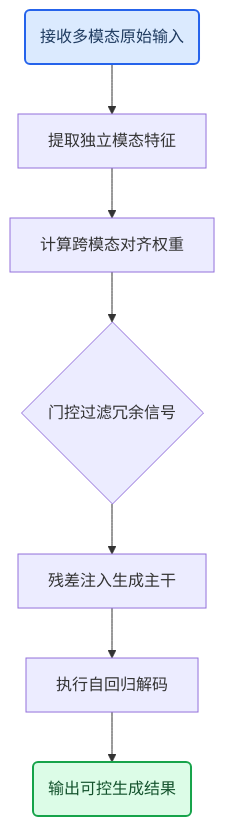
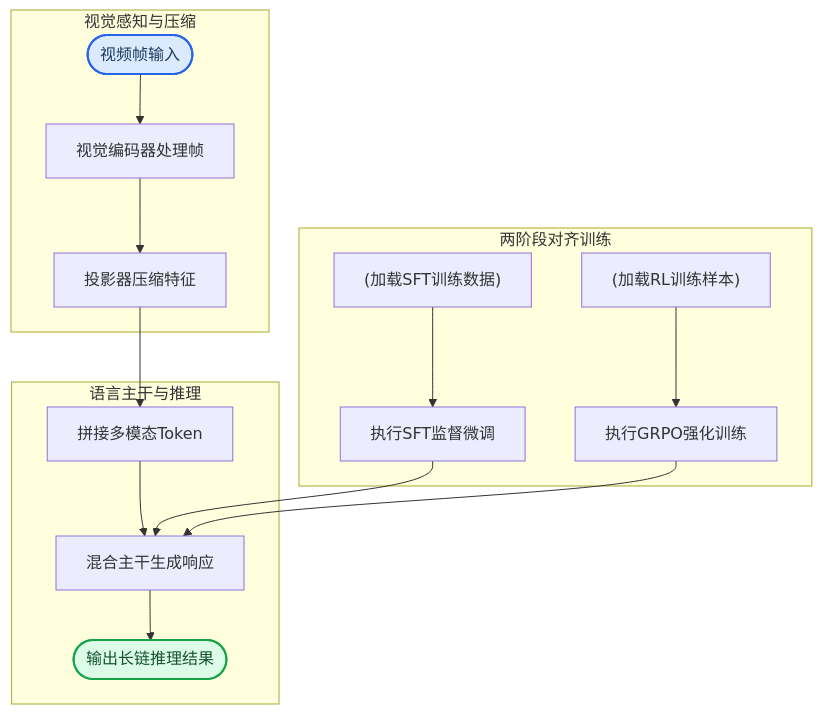
The third of 10 diagrams in person_vault/2026-06-08_CosmosReason1_2503.15558/report.md (ShinewineW/paper-rolling), drawn with Mermaid before and after one commit. The commit also changed other lines of this file and 51 other files, not shown here.

````diff
--- a/person_vault/2026-06-08_CosmosReason1_2503.15558/report.md
+++ b/person_vault/2026-06-08_CosmosReason1_2503.15558/report.md
@@ -158,21 +144,23 @@
 ```mermaid
 flowchart TB
-    start_node(接收多模态原始输入):::required
-    feat_extractor["提取独立模态特征"]
-    align_module["计算跨模态对齐权重"]
-    gate_filter{门控过滤冗余信号}
-    inject_stage["残差注入生成主干"]
-    decode_stage["执行自回归解码"]
-    end_node(输出可控生成结果):::output
-
-    start_node --> feat_extractor
-    feat_extractor --> align_module
-    align_module --> gate_filter
-    gate_filter --> inject_stage
-    inject_stage --> decode_stage
-    decode_stage --> end_node
-
+    subgraph 视觉感知与压缩
+        vid_in(["视频帧输入"]) --> enc["视觉编码器处理帧"]
+        enc --> proj["投影器压缩特征"]
+    end
+    subgraph 语言主干与推理
+        proj --> concat["拼接多模态Token"]
+        concat --> backbone["混合主干生成响应"]
+        backbone --> out(["输出长链推理结果"])
+    end
+    subgraph 两阶段对齐训练
+        sft_data["(加载SFT训练数据)"] --> sft["执行SFT监督微调"]
+        rl_data["(加载RL训练样本)"] --> rl["执行GRPO强化训练"]
+        sft --> backbone
+        rl --> backbone
+    end
     classDef required fill:#dbeafe,stroke:#2563eb,stroke-width:2px,color:#1e3a5f
     classDef output fill:#dcfce7,stroke:#16a34a,stroke-width:2px,color:#14532d
     classDef optional fill:#fef9c3,stroke:#ca8a04,stroke-width:2px,color:#713f12
+    class vid_in required
+    class out output
 ```
````
